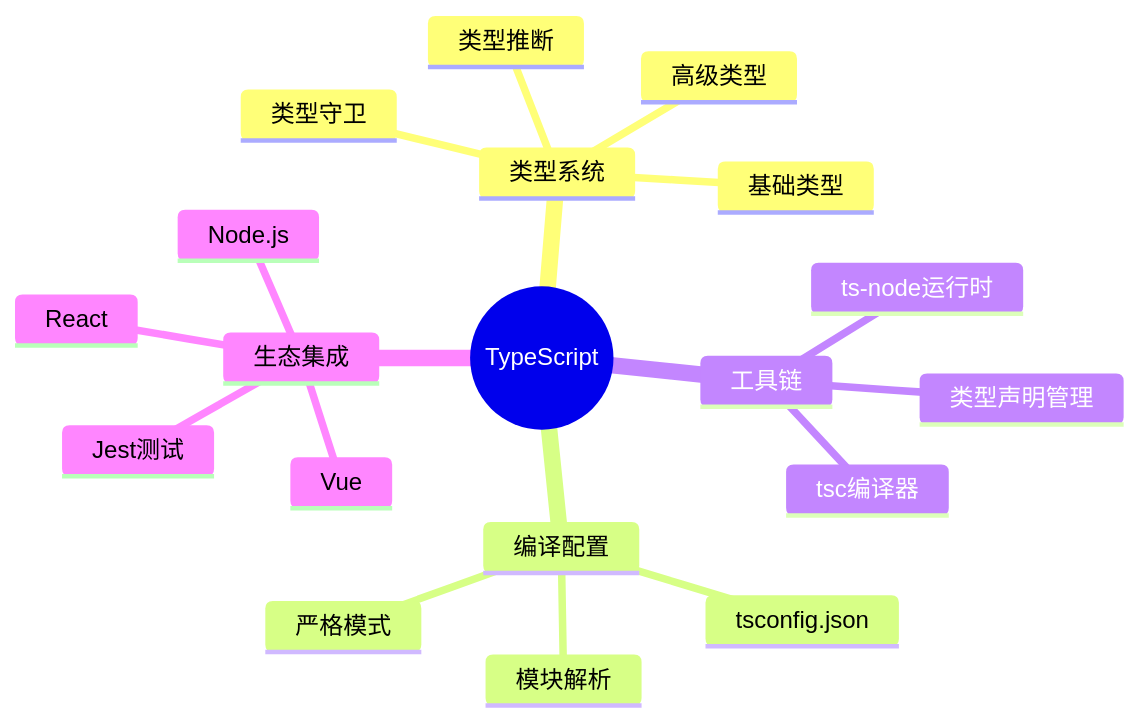
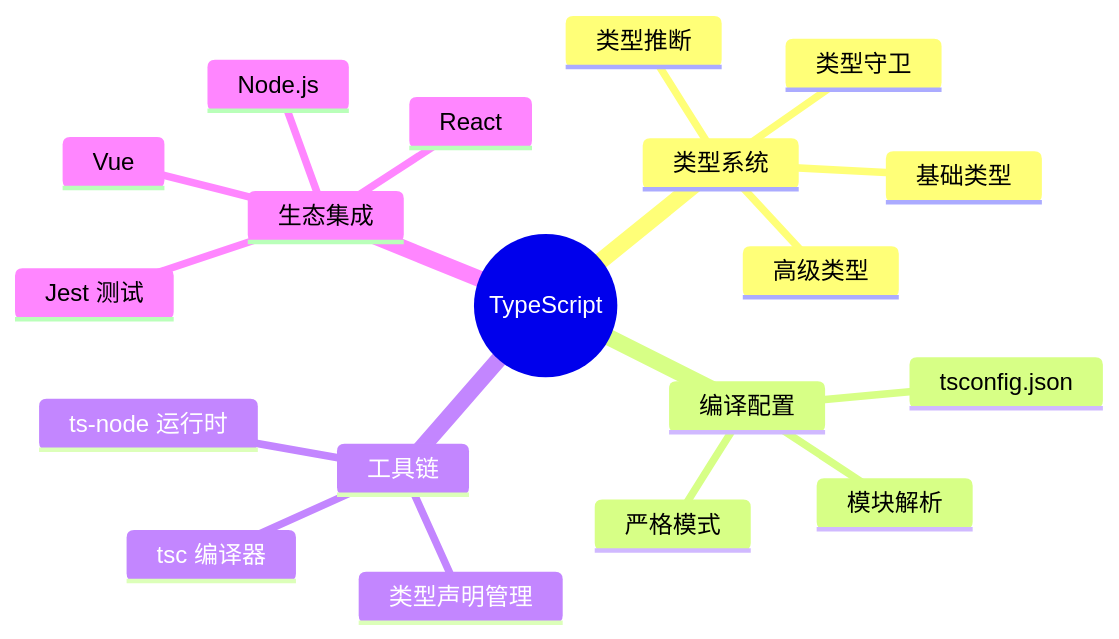
One commit to abelshare/study-buddy changed the first of 2 diagrams in src/content/docs/domains/typescript.md. Above: the diagram before and after it, drawn with Mermaid. The commit also changed other lines of this file and 1 other file, not shown here.

````diff
--- a/src/content/docs/domains/typescript.md
+++ b/src/content/docs/domains/typescript.md
@@ -69,22 +69,22 @@
 ```mermaid
 mindmap
   root((TypeScript))
     类型系统
       基础类型
       高级类型
       类型推断
       类型守卫
     编译配置
       tsconfig.json
       模块解析
       严格模式
     工具链
-      tsc编译器
-      ts-node运行时
+      tsc 编译器
+      ts-node 运行时
       类型声明管理
     生态集成
       React
       Vue
       Node.js
-      Jest测试
+      Jest 测试
 ```
````
